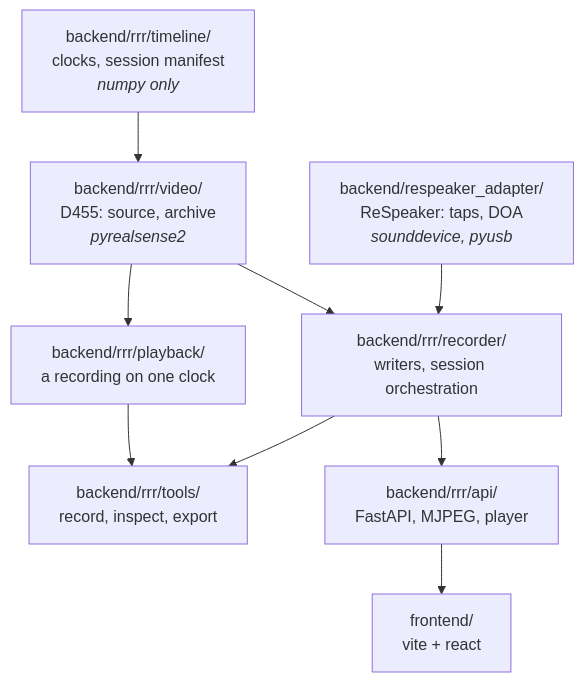
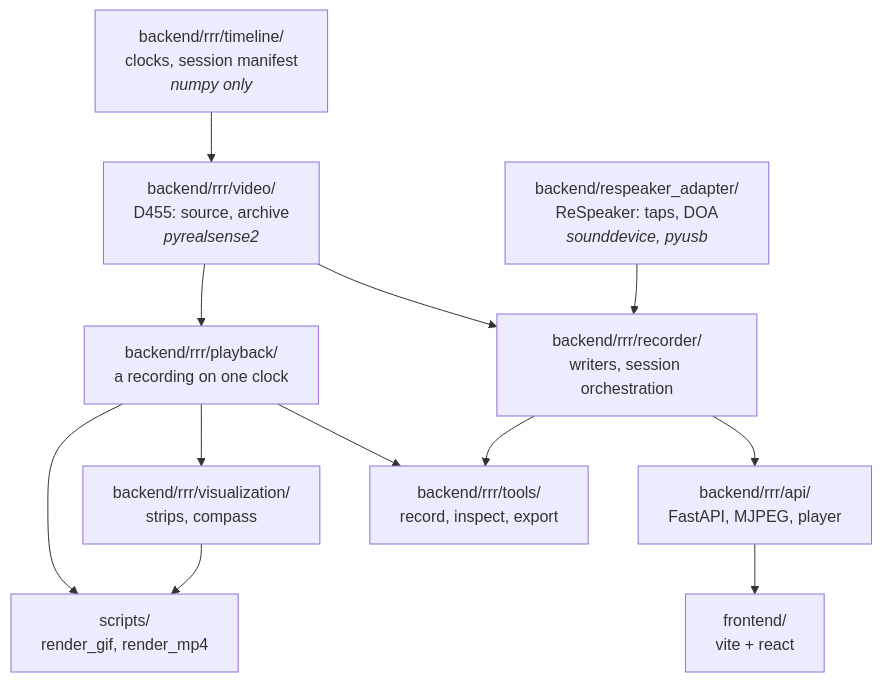
One commit to tkanek0/rererecorder changed the first of 2 diagrams in docs/design.md. Above: the diagram before and after it, drawn with Mermaid. The commit also changed other lines of this file and 14 other files, not shown here.

Commit message:
Add rrr.visualization and move the GIF and MP4 renderers to scripts

````diff
--- a/docs/design.md
+++ b/docs/design.md
@@ -33,19 +33,24 @@
 ```mermaid
 flowchart TD
     T["backend/rrr/timeline/<br/>clocks, session manifest<br/><i>numpy only</i>"]
     V["backend/rrr/video/<br/>D455: source, archive<br/><i>pyrealsense2</i>"]
     A["backend/respeaker_adapter/<br/>ReSpeaker: taps, DOA<br/><i>sounddevice, pyusb</i>"]
     R["backend/rrr/recorder/<br/>writers, session orchestration"]
     S["backend/rrr/api/<br/>FastAPI, MJPEG, player"]
     P["backend/rrr/playback/<br/>a recording on one clock"]
     C["backend/rrr/tools/<br/>record, inspect, export"]
+    Z["backend/rrr/visualization/<br/>strips, compass"]
+    X["scripts/<br/>render_gif, render_mp4"]
     W["frontend/<br/>vite + react"]
     T --> V
     V --> R
     A --> R
     R --> S
     R --> C
     V --> P
     P --> C
+    P --> Z
+    P --> X
+    Z --> X
     S --> W
 ```
````
